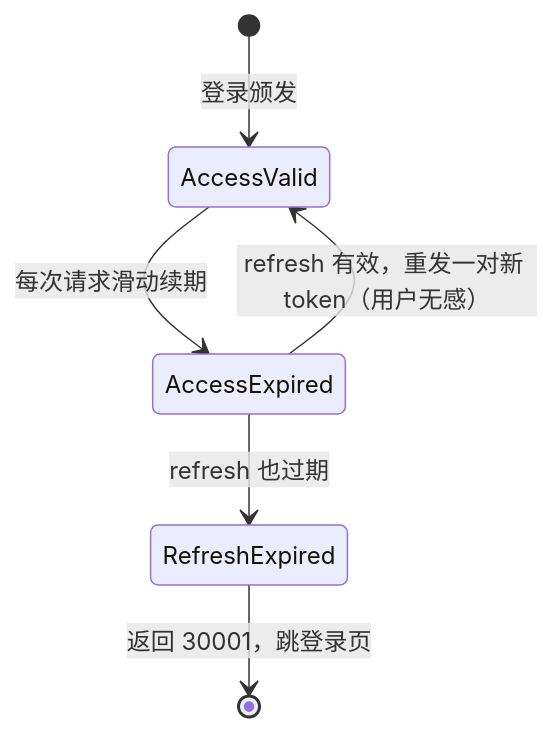
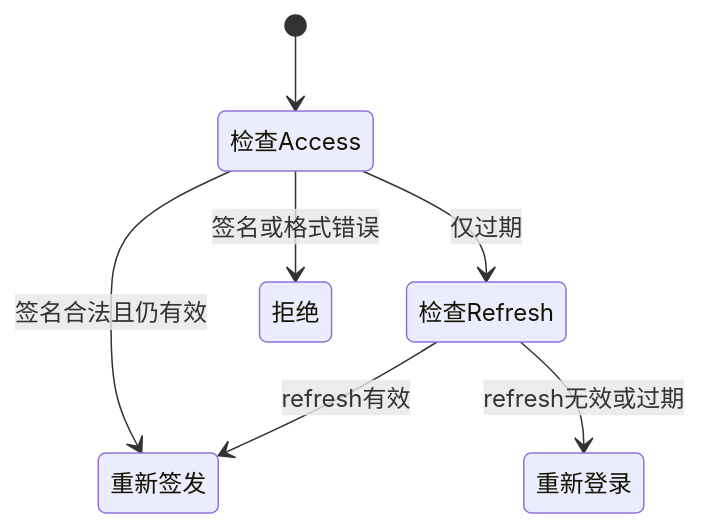
The third of 4 diagrams in docs/lecture/01-user-auth.md (RedInn7/gomall), drawn with Mermaid before and after one commit. The commit also changed other lines of this file and 2 other files, not shown here.

````diff
--- a/docs/lecture/01-user-auth.md
+++ b/docs/lecture/01-user-auth.md
@@ -355,8 +124,9 @@
 ```mermaid
 stateDiagram-v2
-    [*] --> AccessValid: 登录颁发
-    AccessValid --> AccessExpired: 每次请求滑动续期
-    AccessExpired --> AccessValid: refresh 有效，重发一对新 token（用户无感）
-    AccessExpired --> RefreshExpired: refresh 也过期
-    RefreshExpired --> [*]: 返回 30001，跳登录页
+    [*] --> 检查Access
+    检查Access --> 重新签发: 签名合法且仍有效
+    检查Access --> 检查Refresh: 仅过期
+    检查Access --> 拒绝: 签名或格式错误
+    检查Refresh --> 重新签发: refresh有效
+    检查Refresh --> 重新登录: refresh无效或过期
 ```
````
